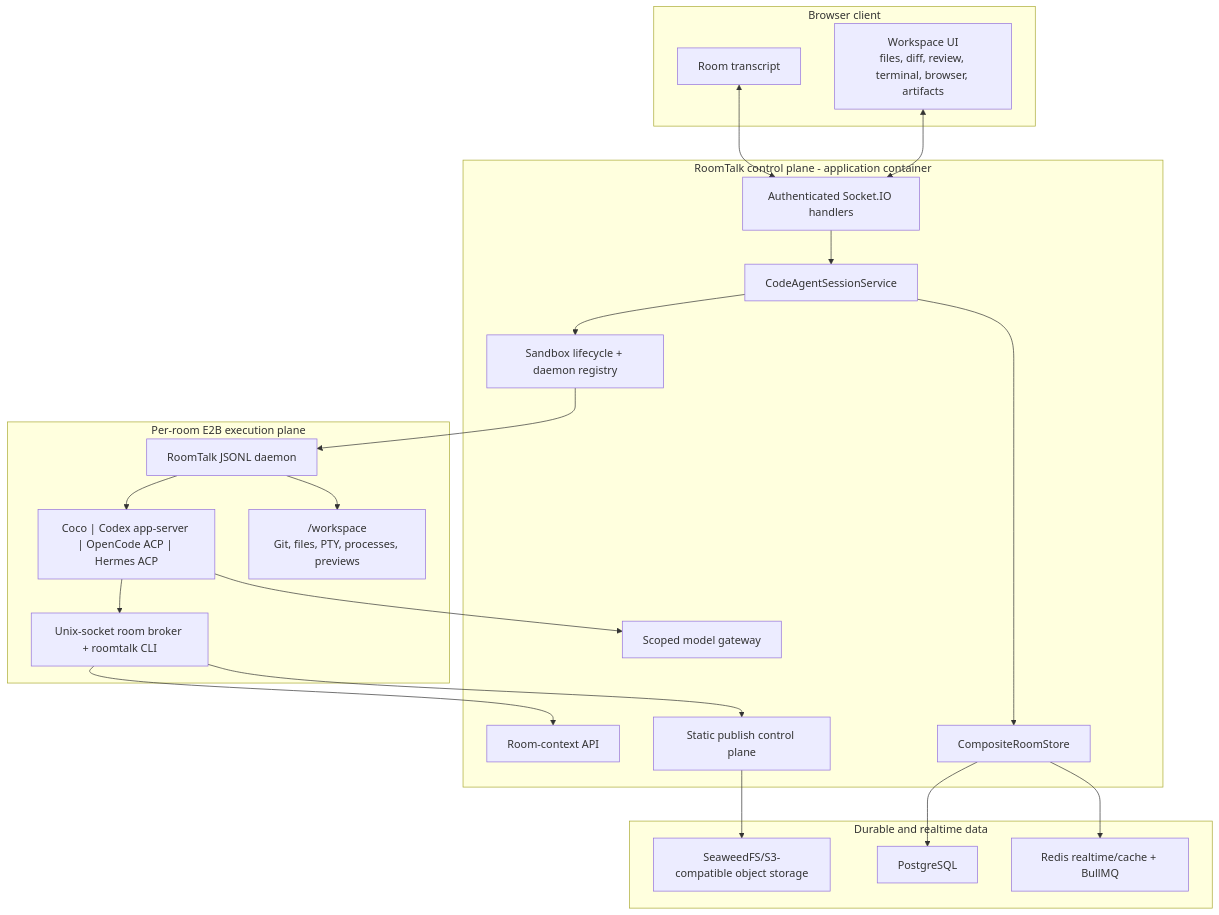
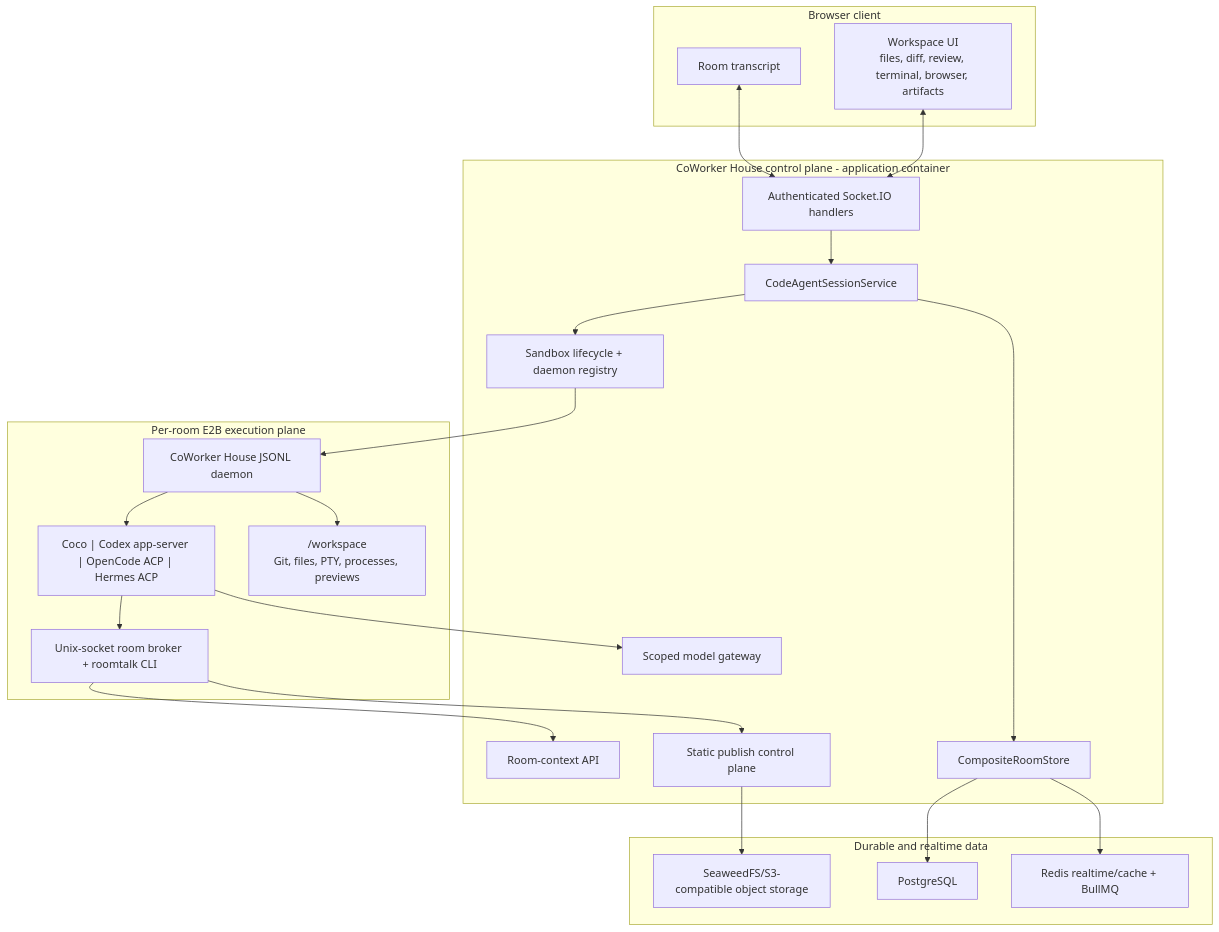
The first of 2 diagrams in docs/code-agent-runtime-architecture.md (auroradou0816/coworker-house), drawn with Mermaid before and after one commit. The commit also changed other lines of this file and 44 other files, not shown here.

````diff
--- a/docs/code-agent-runtime-architecture.md
+++ b/docs/code-agent-runtime-architecture.md
@@ -31,46 +33,46 @@
 ```mermaid
 flowchart TB
   subgraph Browser["Browser client"]
     Chat["Room transcript"]
     WorkspaceUI["Workspace UI\nfiles, diff, review, terminal, browser, artifacts"]
   end
 
-  subgraph Control["RoomTalk control plane - application container"]
+  subgraph Control["CoWorker House control plane - application container"]
     Socket["Authenticated Socket.IO handlers"]
     Sessions["CodeAgentSessionService"]
     Lifecycle["Sandbox lifecycle + daemon registry"]
     ContextAPI["Room-context API"]
     Gateway["Scoped model gateway"]
     Publish["Static publish control plane"]
     Store["CompositeRoomStore"]
   end
 
   subgraph Data["Durable and realtime data"]
     Postgres["PostgreSQL"]
     Redis["Redis realtime/cache + BullMQ"]
     Objects["SeaweedFS/S3-compatible object storage"]
   end
 
   subgraph Sandbox["Per-room E2B execution plane"]
-    Daemon["RoomTalk JSONL daemon"]
+    Daemon["CoWorker House JSONL daemon"]
     Backends["Coco | Codex app-server | OpenCode ACP | Hermes ACP"]
     Broker["Unix-socket room broker + roomtalk CLI"]
     Workdir["/workspace\nGit, files, PTY, processes, previews"]
   end
 
   Chat <--> Socket
   WorkspaceUI <--> Socket
   Socket --> Sessions
   Sessions --> Lifecycle
   Lifecycle --> Daemon
   Daemon --> Backends
   Daemon --> Workdir
   Backends --> Broker
   Broker --> ContextAPI
   Backends --> Gateway
   Broker --> Publish
   Sessions --> Store
   Store --> Postgres
   Store --> Redis
   Publish --> Objects
 ```
````
